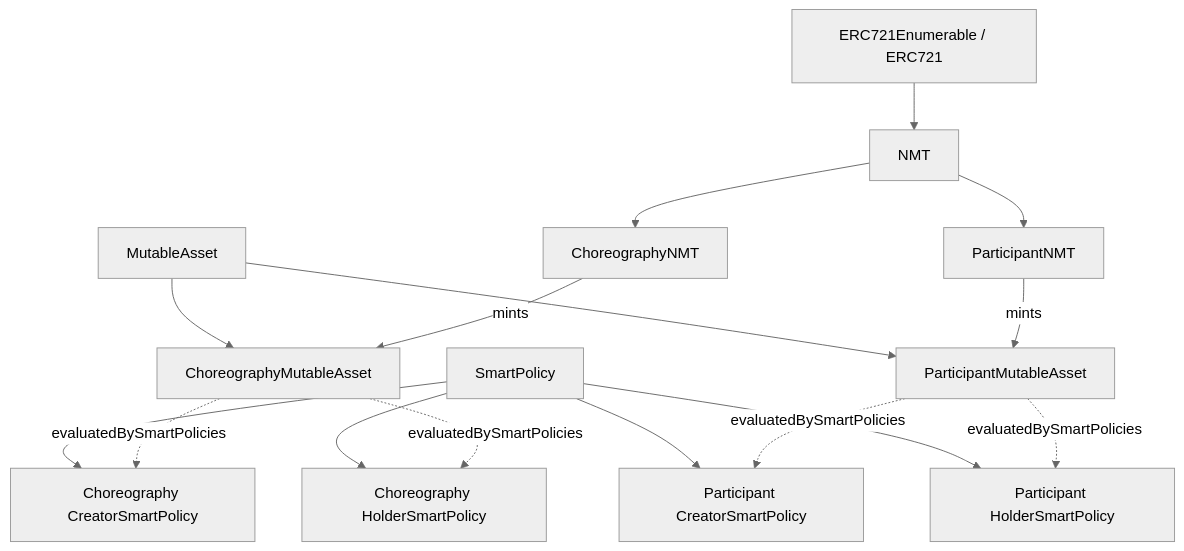
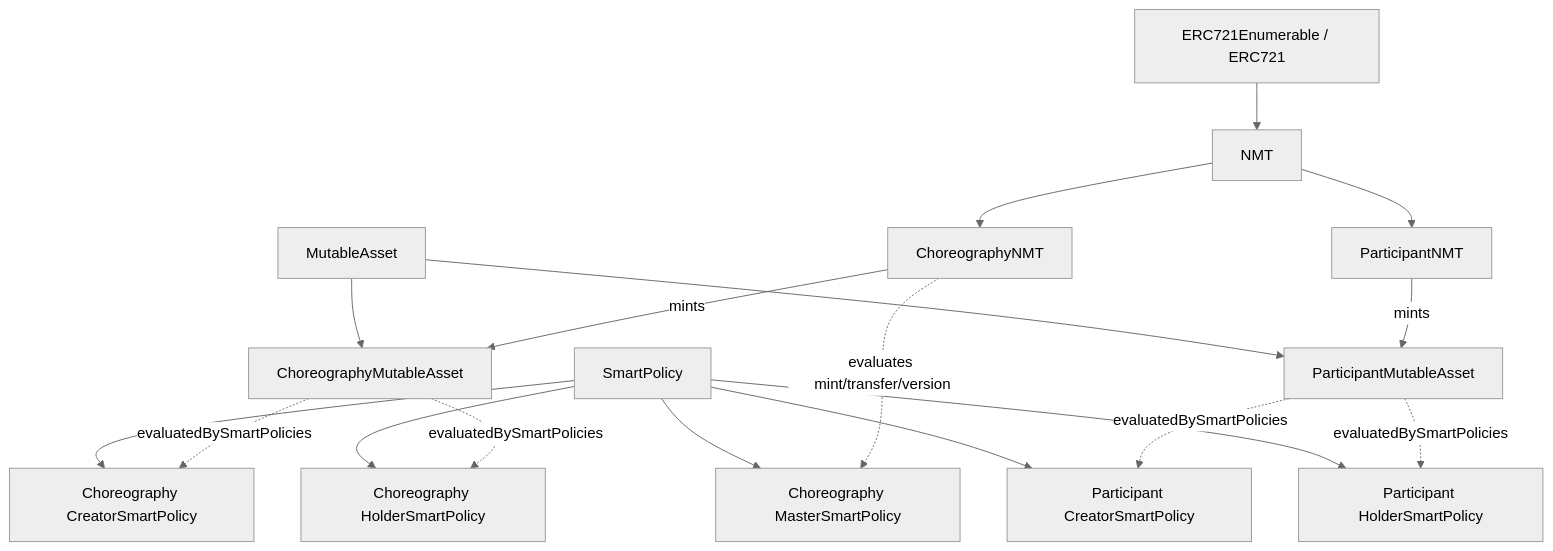
The first of 2 diagrams in docs/contract-hierarchy.md (d0na/ChorNMT), drawn with Mermaid (neutral theme) before and after one commit. The commit also changed other lines of this file and 3 other files, not shown here.

Commit message:
docs: describe choreography policy lifecycle

````diff
--- a/docs/contract-hierarchy.md
+++ b/docs/contract-hierarchy.md
@@ -68,37 +72,40 @@
 ```mermaid
 flowchart TD
   SP[SmartPolicy]
   MA[MutableAsset]
   NMT[NMT]
 
   OZ[ERC721Enumerable / ERC721]
 
   CNMT[ChoreographyNMT]
   CMA[ChoreographyMutableAsset]
+  CMSP[Choreography MasterSmartPolicy]
   CCSP[Choreography CreatorSmartPolicy]
   CHSP[Choreography HolderSmartPolicy]
 
   PNMT[ParticipantNMT]
   PMA[ParticipantMutableAsset]
   PCSP[Participant CreatorSmartPolicy]
   PHSP[Participant HolderSmartPolicy]
 
   OZ --> NMT
   SP --> CCSP
   SP --> CHSP
+  SP --> CMSP
   SP --> PCSP
   SP --> PHSP
 
   MA --> CMA
   MA --> PMA
   NMT --> CNMT
   NMT --> PNMT
 
   CNMT -- mints --> CMA
+  CNMT -. evaluates mint/transfer/version .-> CMSP
   PNMT -- mints --> PMA
 
   CMA -. evaluatedBySmartPolicies .-> CCSP
   CMA -. evaluatedBySmartPolicies .-> CHSP
   PMA -. evaluatedBySmartPolicies .-> PCSP
   PMA -. evaluatedBySmartPolicies .-> PHSP
 ```
````
